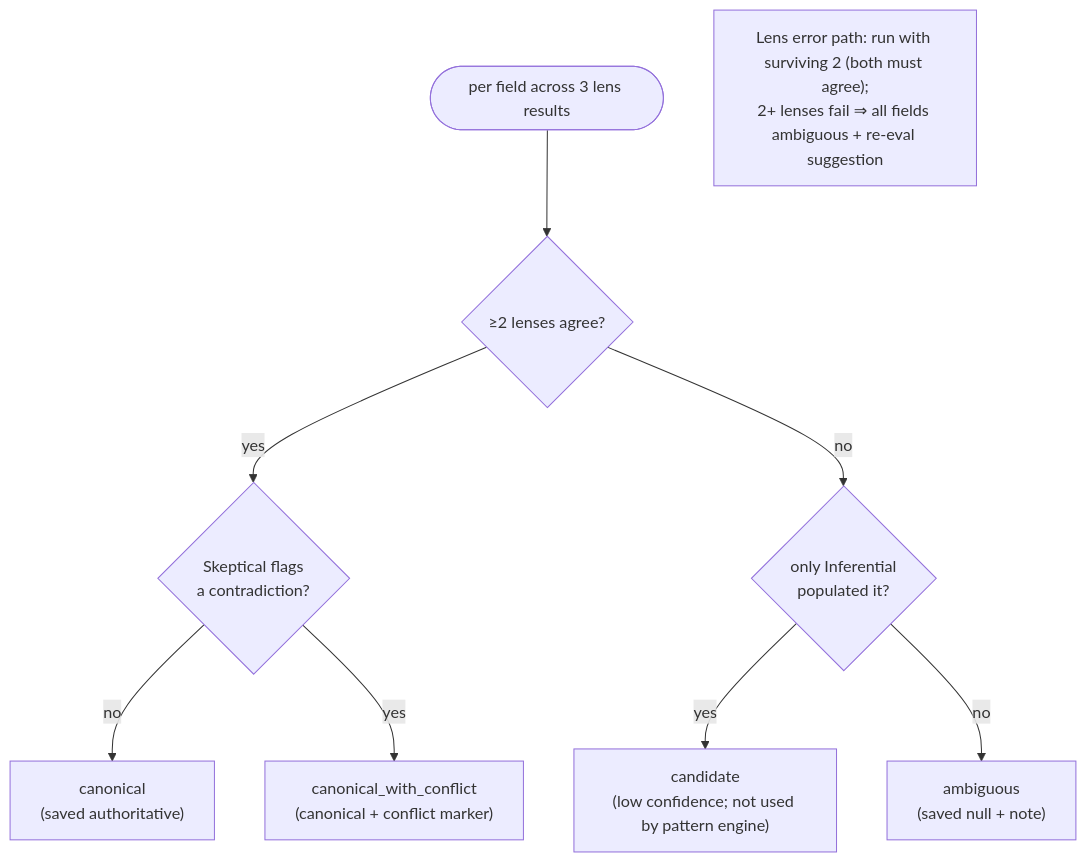
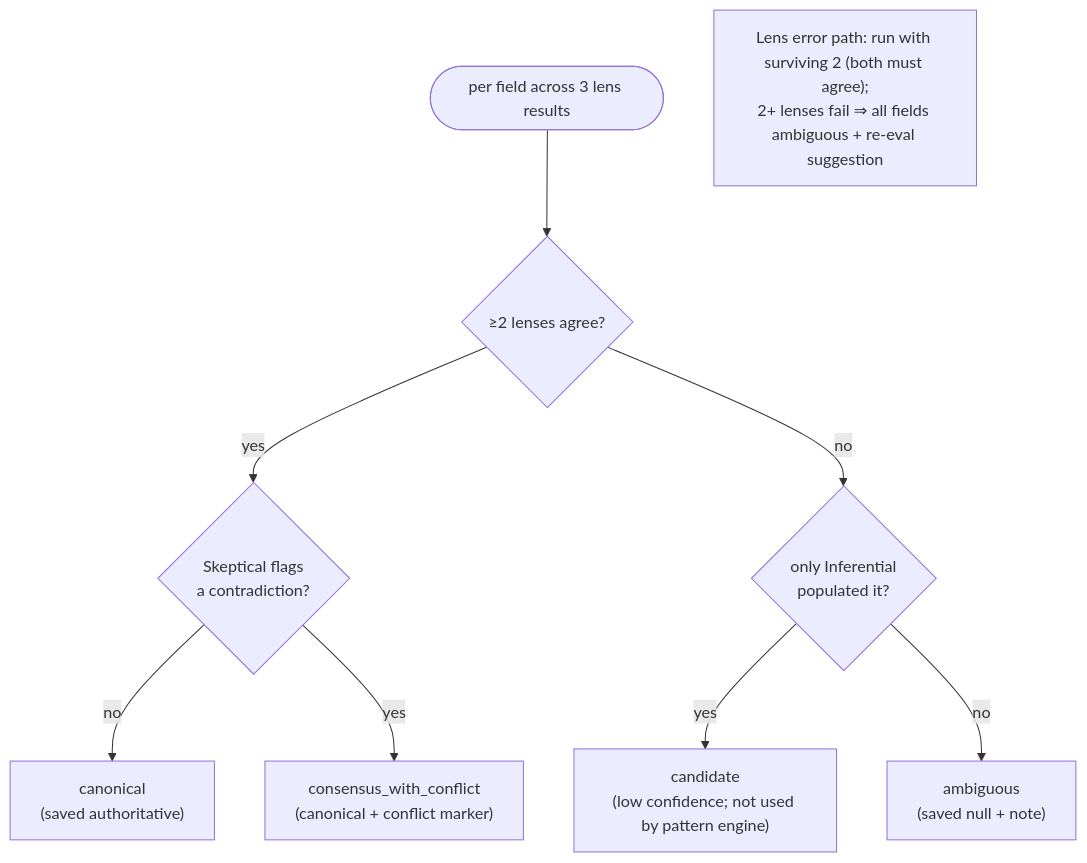
The third of 5 diagrams in docs/diagrams/llm-functionality.md (anchildress1/vestige), drawn with Mermaid before and after one commit. The commit also changed other lines of this file and 40 other files, not shown here.

First line of the commit message:
refactor: rename convergence verdict canonical -> consensus (UX terminology)

````diff
--- a/docs/diagrams/llm-functionality.md
+++ b/docs/diagrams/llm-functionality.md
@@ -91,15 +91,15 @@
 ```mermaid
 flowchart TD
     accTitle: Convergence resolver per-field decision
-    accDescr: For each field, if two or more of three lenses agree the verdict is canonical, unless Skeptical flags a conflict in which case it is canonical_with_conflict. If only Inferential populated it, the verdict is candidate. If all three disagree, the verdict is ambiguous and the field is saved null with a debug note.
+    accDescr: For each field, if two or more of three lenses agree the verdict is canonical, unless Skeptical flags a conflict in which case it is consensus_with_conflict. If only Inferential populated it, the verdict is candidate. If all three disagree, the verdict is ambiguous and the field is saved null with a debug note.
 
     F(["per field across 3 lens results"]) --> A{"≥2 lenses agree?"}
     A -- yes --> SK{"Skeptical flags<br/>a contradiction?"}
     SK -- no --> CAN["canonical<br/>(saved authoritative)"]
-    SK -- yes --> CWC["canonical_with_conflict<br/>(canonical + conflict marker)"]
+    SK -- yes --> CWC["consensus_with_conflict<br/>(canonical + conflict marker)"]
     A -- no --> ONE{"only Inferential<br/>populated it?"}
     ONE -- yes --> CND["candidate<br/>(low confidence; not used by pattern engine)"]
     ONE -- no --> AMB["ambiguous<br/>(saved null + note)"]
 
     note["Lens error path: run with surviving 2 (both must agree);<br/>2+ lenses fail ⇒ all fields ambiguous + re-eval suggestion"]
 ```
````
